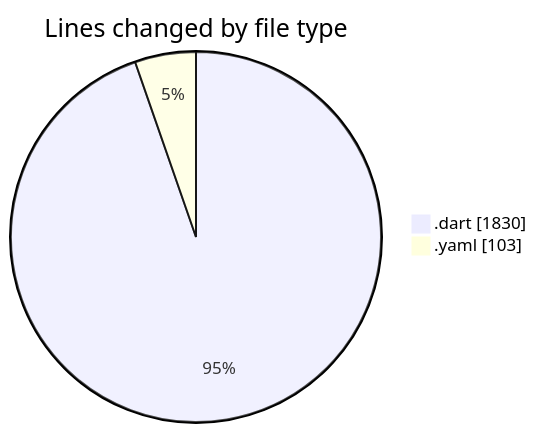
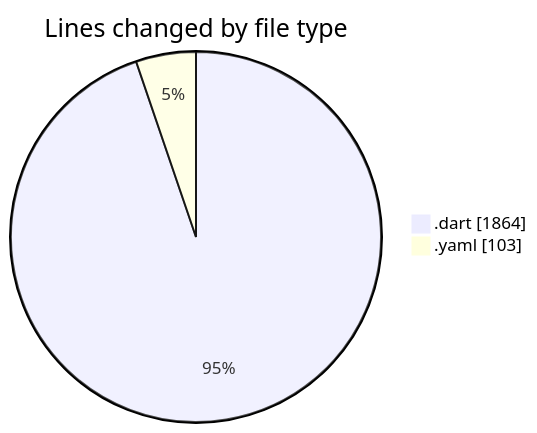
Before and after one commit to donsfak/code-tracking: the first of 2 diagrams in 2025-02-25/trackers_app/README.md, drawn with Mermaid. The commit also changed other lines of this file and 1 other file, not shown here.

````diff
--- a/2025-02-25/trackers_app/README.md
+++ b/2025-02-25/trackers_app/README.md
@@ -30,6 +31,6 @@
 ```mermaid
 pie showData
 title Lines changed by file type
-".dart" : 1830
+".dart" : 1864
 ".yaml" : 103
 ```
````
